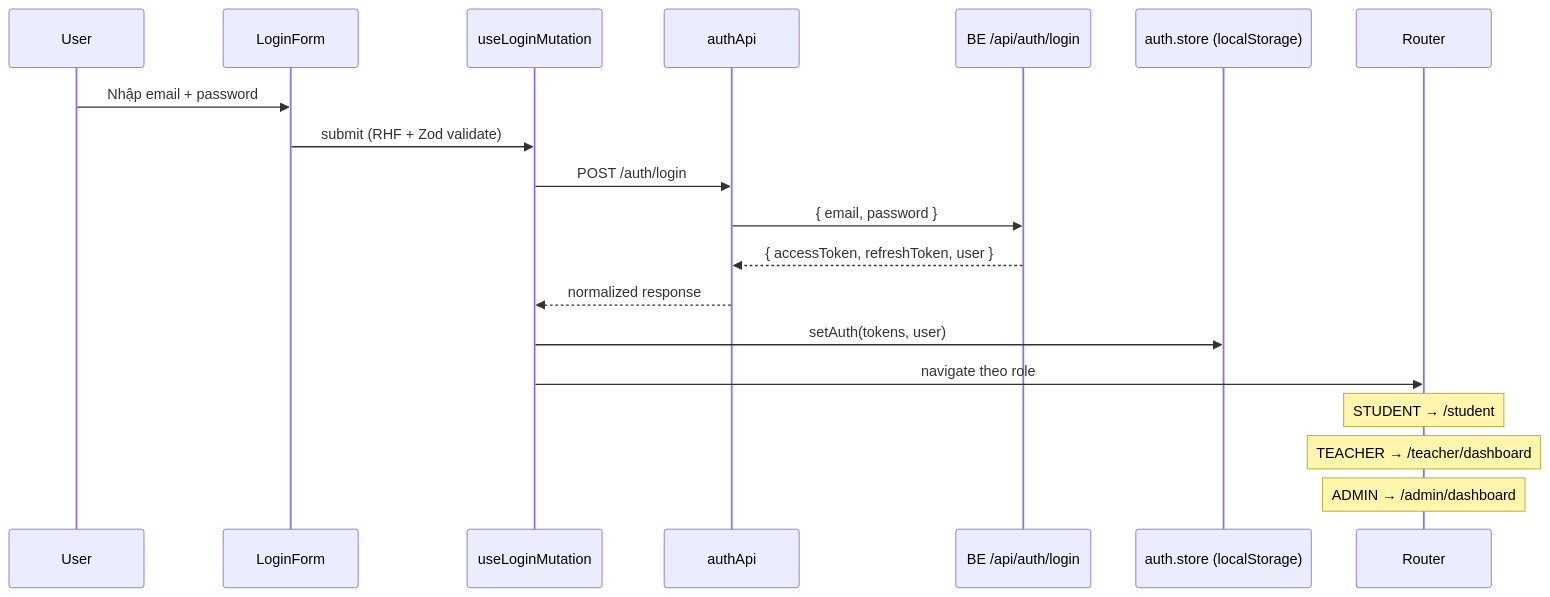
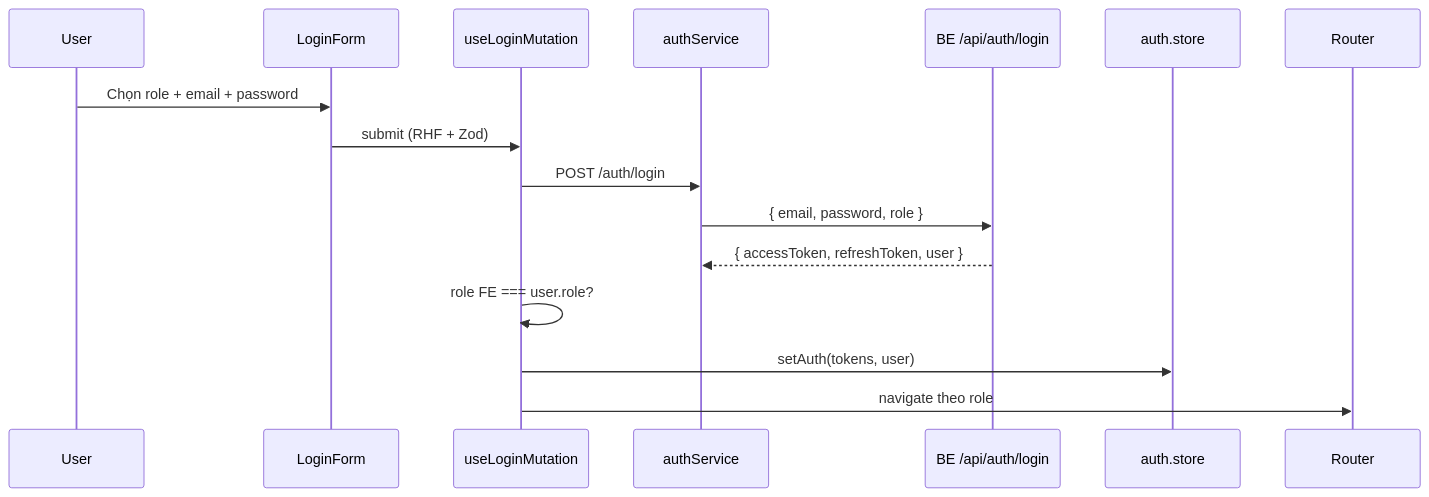
The first of 2 diagrams in FE/TEAM-HANDOFF.md (DarkEmperor16/GROUP_PROJECT_OJT), drawn with Mermaid before and after one commit. The commit also changed other lines of this file and 1 other file, not shown here.

````diff
--- a/FE/TEAM-HANDOFF.md
+++ b/FE/TEAM-HANDOFF.md
@@ -25,23 +28,19 @@
 ```mermaid
 sequenceDiagram
     participant User
     participant LoginForm
     participant useLoginMutation
-    participant authApi
+    participant authService
     participant BE as BE /api/auth/login
-    participant Zustand as auth.store (localStorage)
+    participant Zustand as auth.store
     participant Router
 
-    User->>LoginForm: Nhập email + password
-    LoginForm->>useLoginMutation: submit (RHF + Zod validate)
-    useLoginMutation->>authApi: POST /auth/login
-    authApi->>BE: { email, password }
-    BE-->>authApi: { accessToken, refreshToken, user }
-    authApi-->>useLoginMutation: normalized response
+    User->>LoginForm: Chọn role + email + password
+    LoginForm->>useLoginMutation: submit (RHF + Zod)
+    useLoginMutation->>authService: POST /auth/login
+    authService->>BE: { email, password, role }
+    BE-->>authService: { accessToken, refreshToken, user }
+    useLoginMutation->>useLoginMutation: role FE === user.role?
     useLoginMutation->>Zustand: setAuth(tokens, user)
     useLoginMutation->>Router: navigate theo role
-
-    Note over Router: STUDENT → /student
-    Note over Router: TEACHER → /teacher/dashboard
-    Note over Router: ADMIN → /admin/dashboard
 ```
````
